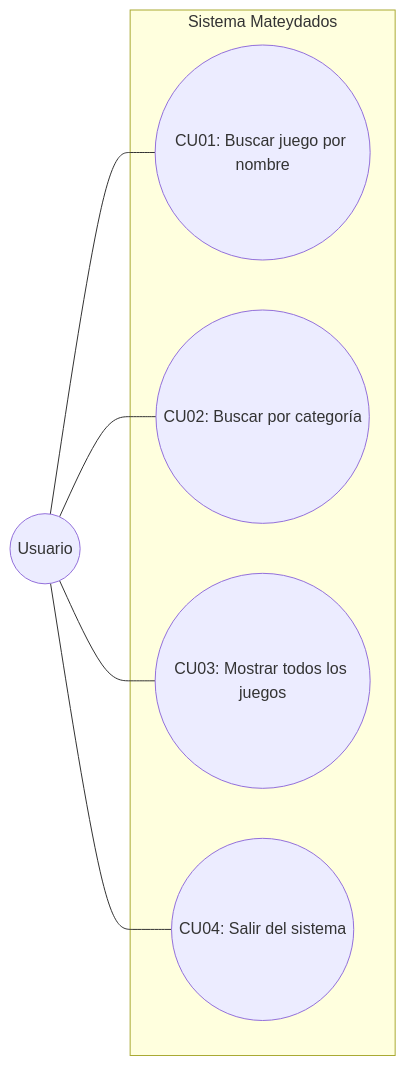
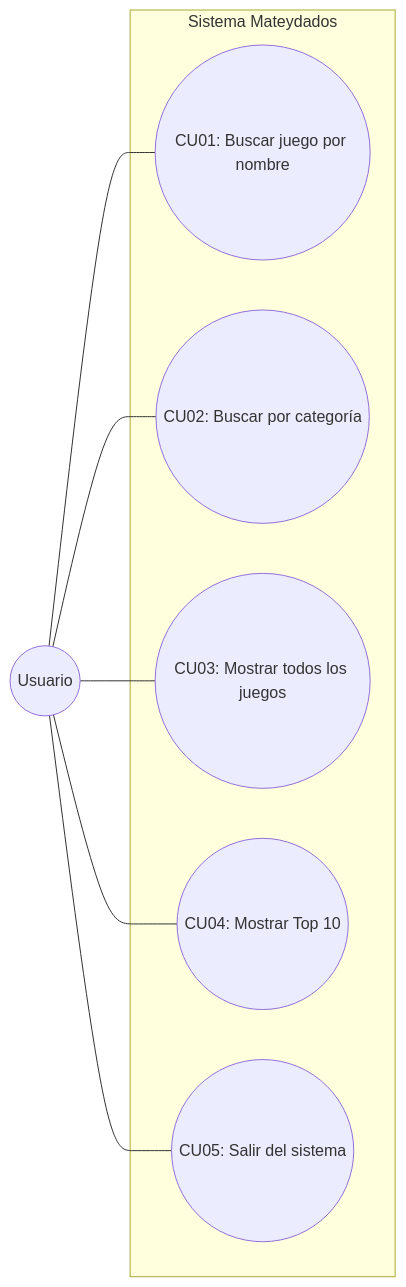
One commit to jonihauff/Matesydados changed the diagram in docs/02-casos-de-uso.md. Above: the diagram before and after it, drawn with Mermaid. The commit also changed other lines of this file and 4 other files, not shown here.

````diff
--- a/docs/02-casos-de-uso.md
+++ b/docs/02-casos-de-uso.md
@@ -5,14 +5,16 @@
 ```mermaid
 graph LR
     subgraph Mateydados ["Sistema Mateydados"]
         CU1(("CU01: Buscar juego por nombre"))
         CU2(("CU02: Buscar por categoría"))
         CU3(("CU03: Mostrar todos los juegos"))
-        CU4(("CU04: Salir del sistema"))
+        CU4(("CU04: Mostrar Top 10"))
+        CU5(("CU05: Salir del sistema"))
     end
 
     Usuario((Usuario)) --- CU1
     Usuario --- CU2
     Usuario --- CU3
     Usuario --- CU4
+    Usuario --- CU5
 ```
````
